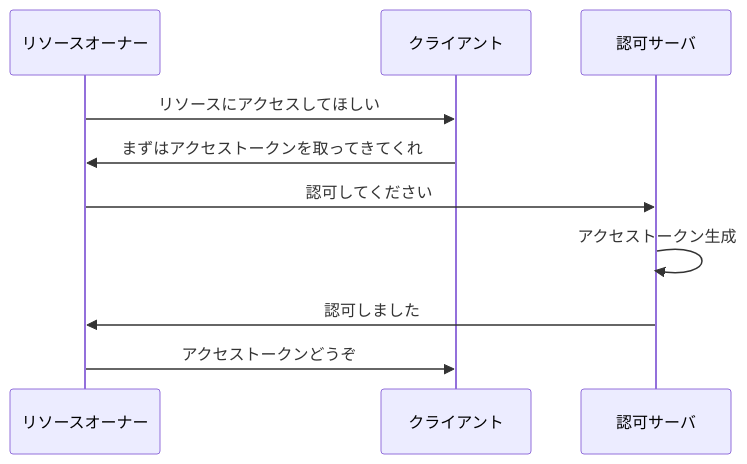
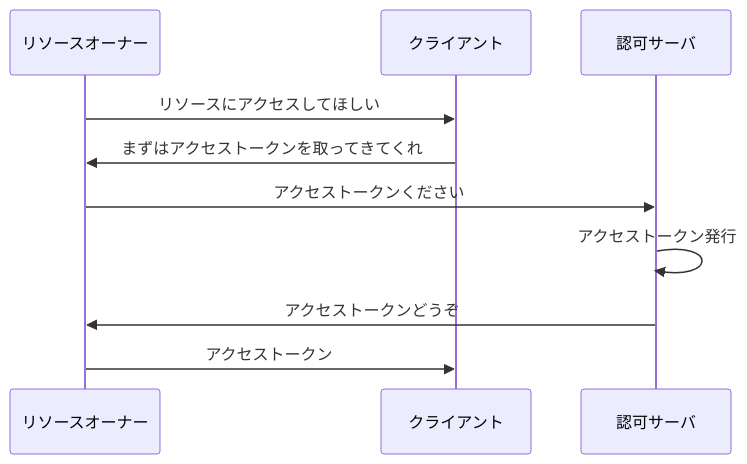
One commit to calloc134/zenn-dir changed the second of 20 diagrams in articles/5e8da6c491e720.md. Above: the diagram before and after it, drawn with Mermaid. The commit also changed other lines of this file, not shown here.

Commit message:
インプリシットフローの解説変更

````diff
--- a/articles/5e8da6c491e720.md
+++ b/articles/5e8da6c491e720.md
@@ -412,13 +412,13 @@
 ```mermaid
 sequenceDiagram
     participant リソースオーナー
     participant クライアント
     participant 認可サーバ
 
     リソースオーナー->>クライアント: リソースにアクセスしてほしい
     クライアント->>リソースオーナー: まずはアクセストークンを取ってきてくれ
-    リソースオーナー->>認可サーバ: 認可してください
-    認可サーバ->>認可サーバ: アクセストークン生成
-    認可サーバ->>リソースオーナー: 認可しました
-    リソースオーナー->>クライアント: アクセストークンどうぞ
+    リソースオーナー->>認可サーバ: アクセストークンください
+    認可サーバ->>認可サーバ: アクセストークン発行
+    認可サーバ->>リソースオーナー: アクセストークンどうぞ
+    リソースオーナー->>クライアント: アクセストークン
 ```
````
